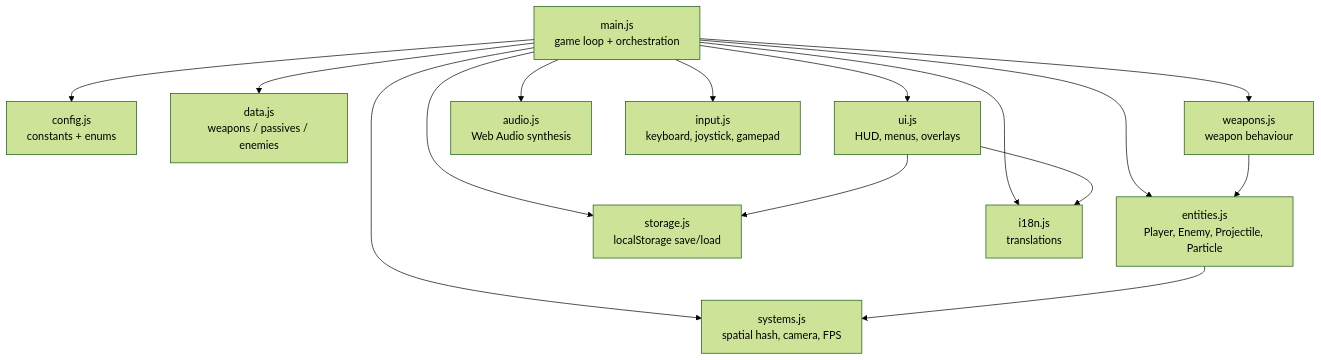
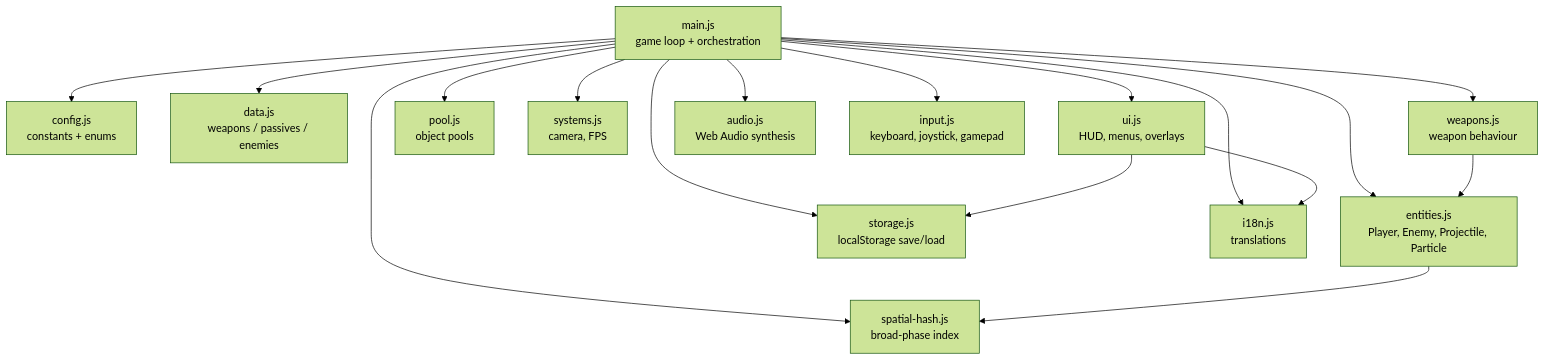
The diagram in README.md (kim62210/canvas-vampire-survivors), drawn with Mermaid (forest theme) before and after one commit. The commit also changed other lines of this file and 22 other files, not shown here.

````diff
--- a/README.md
+++ b/README.md
@@ -129,29 +129,33 @@
 ```mermaid
 flowchart TD
     main[main.js<br/>game loop + orchestration]
     cfg[config.js<br/>constants + enums]
     data[data.js<br/>weapons / passives / enemies]
     ent[entities.js<br/>Player, Enemy, Projectile, Particle]
     wpn[weapons.js<br/>weapon behaviour]
-    sys[systems.js<br/>spatial hash, camera, FPS]
+    sh[spatial-hash.js<br/>broad-phase index]
+    pool[pool.js<br/>object pools]
+    sys[systems.js<br/>camera, FPS]
     ui[ui.js<br/>HUD, menus, overlays]
     audio[audio.js<br/>Web Audio synthesis]
     input[input.js<br/>keyboard, joystick, gamepad]
     store[storage.js<br/>localStorage save/load]
     i18n[i18n.js<br/>translations]
 
     main --> cfg
     main --> data
     main --> ent
     main --> wpn
+    main --> sh
+    main --> pool
     main --> sys
     main --> ui
     main --> audio
     main --> input
     main --> store
     main --> i18n
-    ent --> sys
+    ent --> sh
     wpn --> ent
     ui --> i18n
     ui --> store
 ```
````
